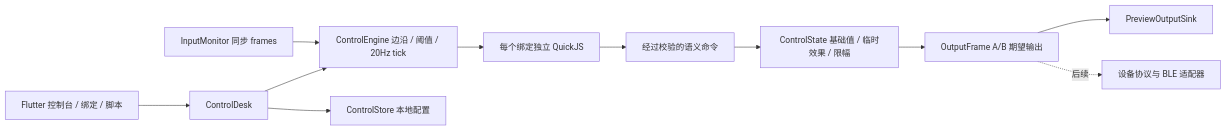
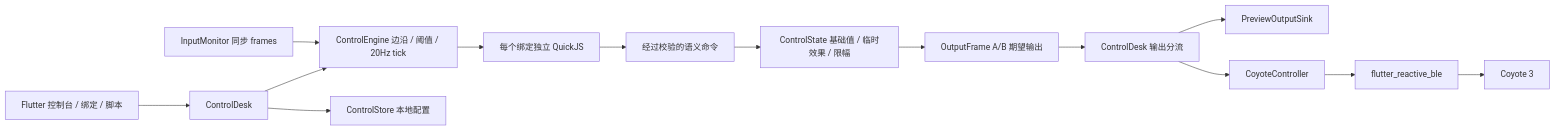
Before and after one commit to BobH233/DGLab-Gamepad: the second of 2 diagrams in docs/architecture.md, drawn with Mermaid. The commit also changed other lines of this file and 23 other files, not shown here.

Commit message:
feat: add Coyote 3 BLE control adapter

````diff
--- a/docs/architecture.md
+++ b/docs/architecture.md
@@ -90,13 +90,16 @@
 ```mermaid
 flowchart LR
   Input[InputMonitor 同步 frames] --> Engine[ControlEngine 边沿 / 阈值 / 20Hz tick]
   Engine --> JS[每个绑定独立 QuickJS]
   JS --> Commands[经过校验的语义命令]
   Commands --> State[ControlState 基础值 / 临时效果 / 限幅]
   State --> Frame[OutputFrame A/B 期望输出]
-  Frame --> Preview[PreviewOutputSink]
-  Frame -. 后续 .-> Adapter[设备协议与 BLE 适配器]
+  Frame --> Fanout[ControlDesk 输出分流]
+  Fanout --> Preview[PreviewOutputSink]
+  Fanout --> Coyote[CoyoteController]
+  Coyote --> BLE[flutter_reactive_ble]
+  BLE --> Device[Coyote 3]
   UI[Flutter 控制台 / 绑定 / 脚本] --> Desk[ControlDesk]
   Desk --> Engine
   Desk --> Store[ControlStore 本地配置]
 ```
````
